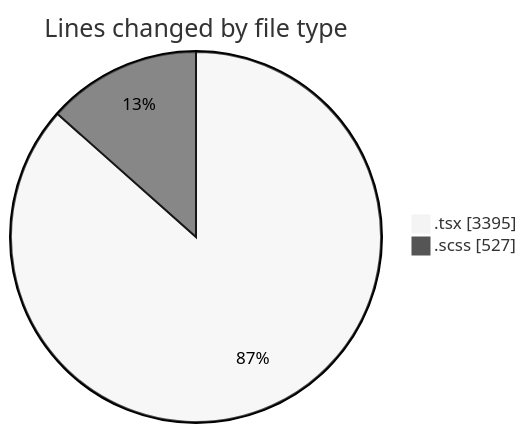
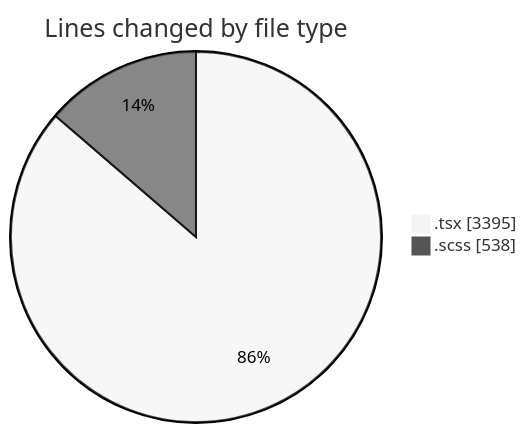
Before and after one commit to momahboobian/code-tracking: the first of 2 diagrams in 2025-09-30/cda/README.md, drawn with Mermaid (neutral theme). The commit also changed other lines of this file and 1 other file, not shown here.

````diff
--- a/2025-09-30/cda/README.md
+++ b/2025-09-30/cda/README.md
@@ -25,6 +25,6 @@
 ```mermaid
 pie showData
 title Lines changed by file type
 ".tsx" : 3395
-".scss" : 527
+".scss" : 538
 ```
````
